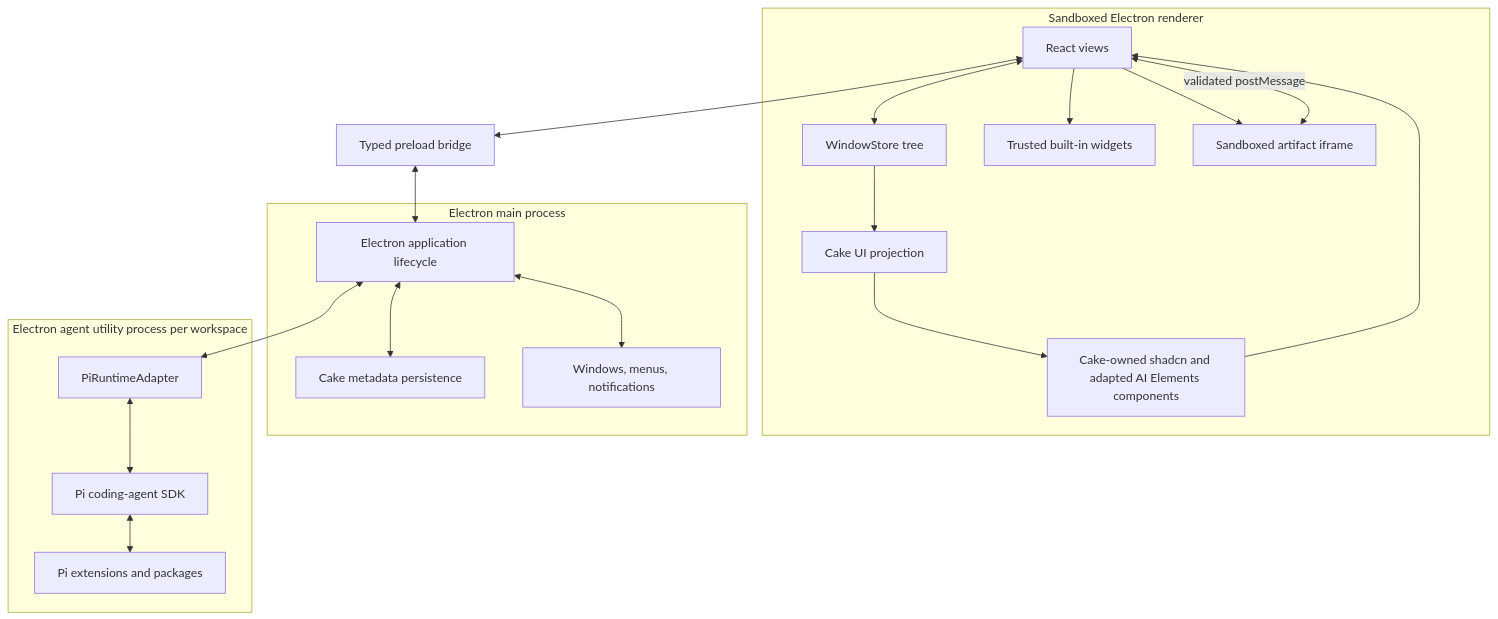
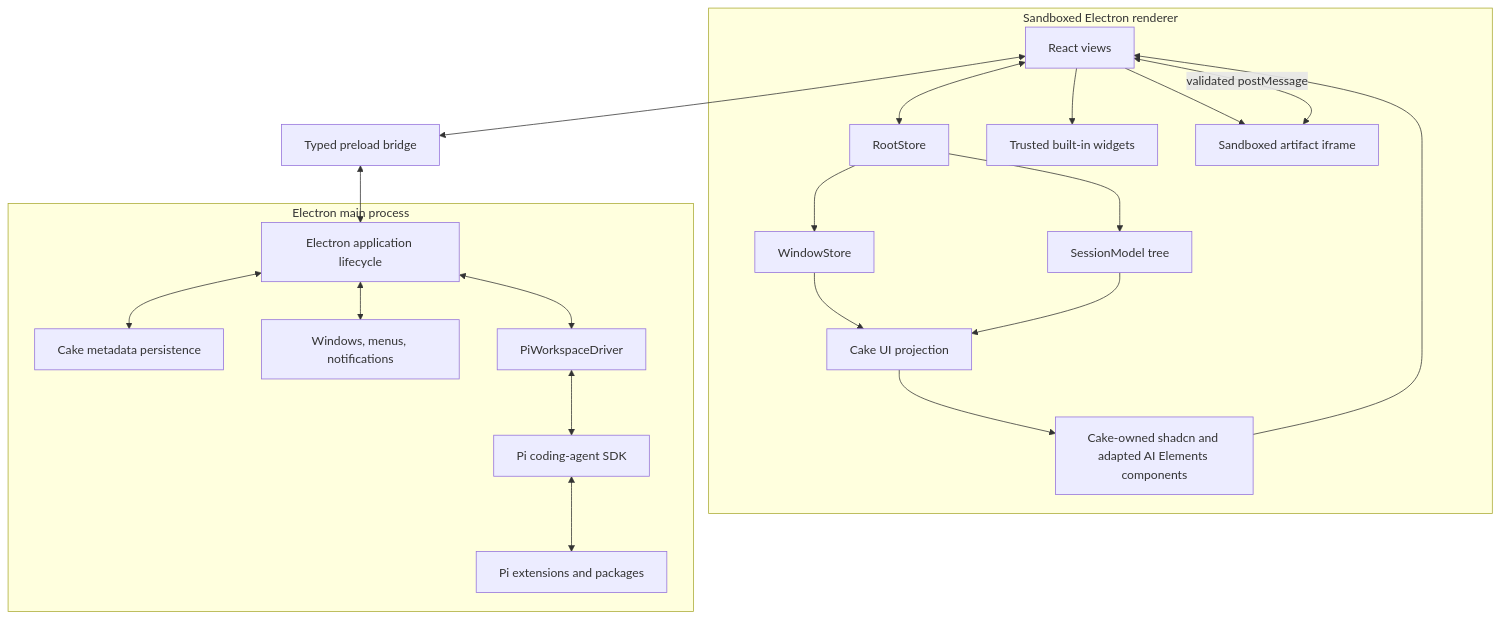
One commit to melnikov-s/cake changed the second of 2 diagrams in PLAN.md. Above: the diagram before and after it, drawn with Mermaid. The commit also changed other lines of this file and 43 other files, not shown here.

````diff
--- a/PLAN.md
+++ b/PLAN.md
@@ -185,40 +185,42 @@
 ```mermaid
 flowchart TB
     subgraph Renderer["Sandboxed Electron renderer"]
         React["React views"]
-        WindowStore["WindowStore tree"]
+        RootStore["RootStore"]
+        SessionModel["SessionModel tree"]
+        WindowStore["WindowStore"]
         UiAdapter["Cake UI projection"]
         Components["Cake-owned shadcn and adapted AI Elements components"]
         Builtins["Trusted built-in widgets"]
         Frame["Sandboxed artifact iframe"]
-        React <--> WindowStore
+        React <--> RootStore
+        RootStore --> SessionModel
+        RootStore --> WindowStore
         WindowStore --> UiAdapter
+        SessionModel --> UiAdapter
         UiAdapter --> Components
         Components --> React
         React --> Builtins
         React --> Frame
     end
 
     Preload["Typed preload bridge"]
 
     subgraph Main["Electron main process"]
         Lifecycle["Electron application lifecycle"]
         Persist["Cake metadata persistence"]
         Windows["Windows, menus, notifications"]
-    end
-
-    subgraph Agent["Electron agent utility process per workspace"]
-        Adapter["PiRuntimeAdapter"]
+        Adapter["PiWorkspaceDriver"]
         Pi["Pi coding-agent SDK"]
         Extensions["Pi extensions and packages"]
         Adapter <--> Pi
         Pi <--> Extensions
     end
 
     React <--> Preload
     Preload <--> Lifecycle
     Lifecycle <--> Persist
     Lifecycle <--> Windows
     Lifecycle <--> Adapter
     Frame <-->|"validated postMessage"| React
 ```
````
